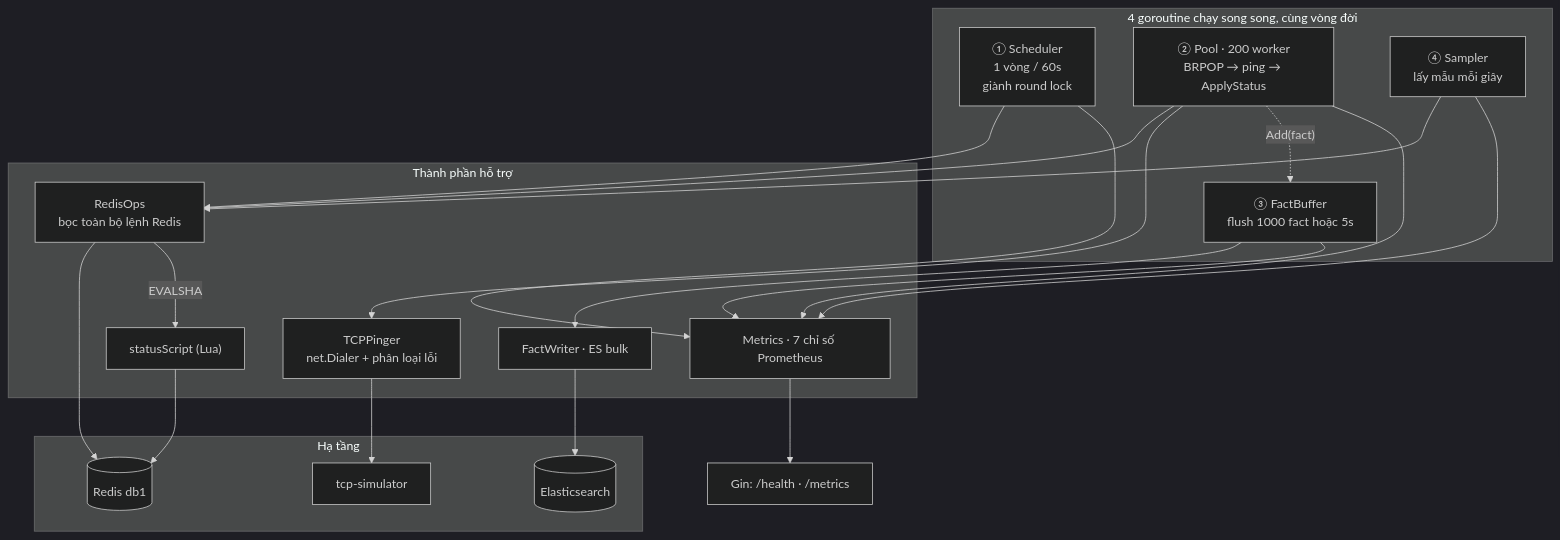
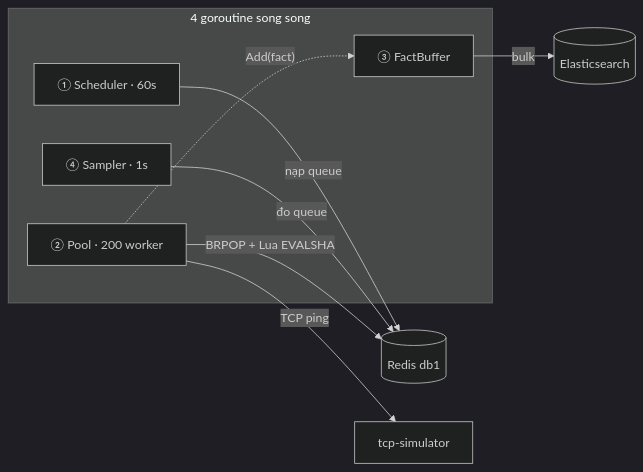
The third of 6 diagrams in .claude/diagrams/component-diagram.md (dwchwang/sms_microservice), drawn with Mermaid (dark theme) before and after one commit. The commit also changed other lines of this file and 4 other files, not shown here.

Commit message:
Refactor sequence diagrams and documentation for clarity and accuracy

````diff
--- a/.claude/diagrams/component-diagram.md
+++ b/.claude/diagrams/component-diagram.md
@@ -136,41 +97,20 @@
 ```mermaid
-graph TB
-    subgraph LOOPS["4 goroutine chạy song song, cùng vòng đời"]
-        SCH["① Scheduler<br/>1 vòng / 60s<br/>giành round lock"]
-        POOL["② Pool · 200 worker<br/>BRPOP → ping → ApplyStatus"]
-        FB["③ FactBuffer<br/>flush 1000 fact hoặc 5s"]
-        SMP["④ Sampler<br/>lấy mẫu mỗi giây"]
+graph LR
+    subgraph LOOPS["4 goroutine song song"]
+        SCH["① Scheduler · 60s"]
+        POOL["② Pool · 200 worker"]
+        FB["③ FactBuffer"]
+        SMP["④ Sampler · 1s"]
     end
 
-    subgraph HELP["Thành phần hỗ trợ"]
-        OPS["RedisOps<br/>bọc toàn bộ lệnh Redis"]
-        PING["TCPPinger<br/>net.Dialer + phân loại lỗi"]
-        LUA["statusScript (Lua)"]
-        MET["Metrics · 7 chỉ số Prometheus"]
-        FW["FactWriter · ES bulk"]
-    end
+    RD[("Redis db1")]
+    ES[("Elasticsearch")]
+    SIM["tcp-simulator"]
 
-    subgraph INFRA["Hạ tầng"]
-        RD[("Redis db1")]
-        ES[("Elasticsearch")]
-        SIM["tcp-simulator"]
-    end
-
-    HTTP["Gin: /health · /metrics"]
-
-    SCH --> OPS
-    POOL --> OPS
-    SMP --> OPS
-    OPS --> RD
-    OPS -->|"EVALSHA"| LUA --> RD
-
-    POOL --> PING --> SIM
-    POOL -.->|"Add(fact)"| FB
-    FB --> FW --> ES
-
-    SCH --> MET
-    POOL --> MET
-    FB --> MET
-    SMP --> MET
-    MET --> HTTP
+    SCH -->|"nạp queue"| RD
+    SMP -->|"đo queue"| RD
+    POOL -->|"BRPOP + Lua EVALSHA"| RD
+    POOL -->|"TCP ping"| SIM
+    POOL -. "Add(fact)" .-> FB
+    FB -->|"bulk"| ES
 ```
````
